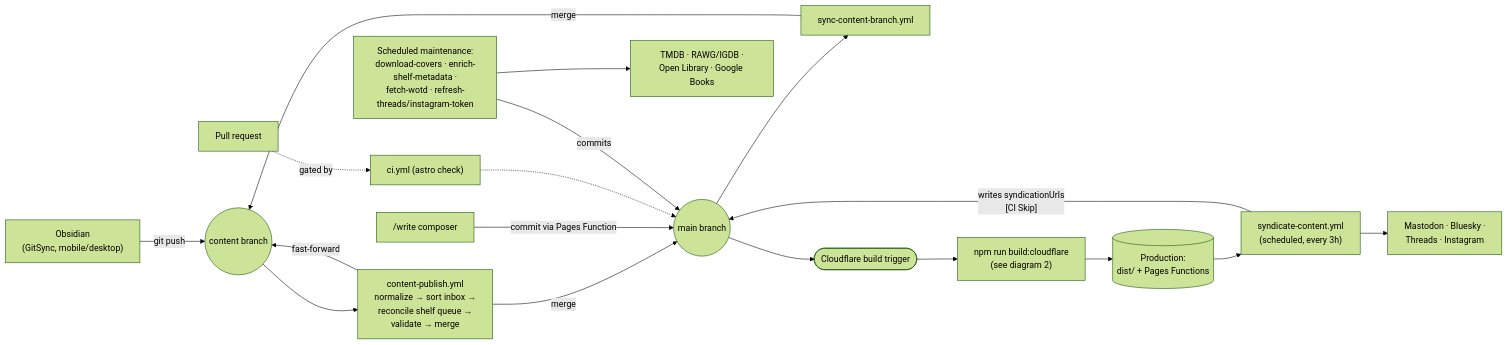
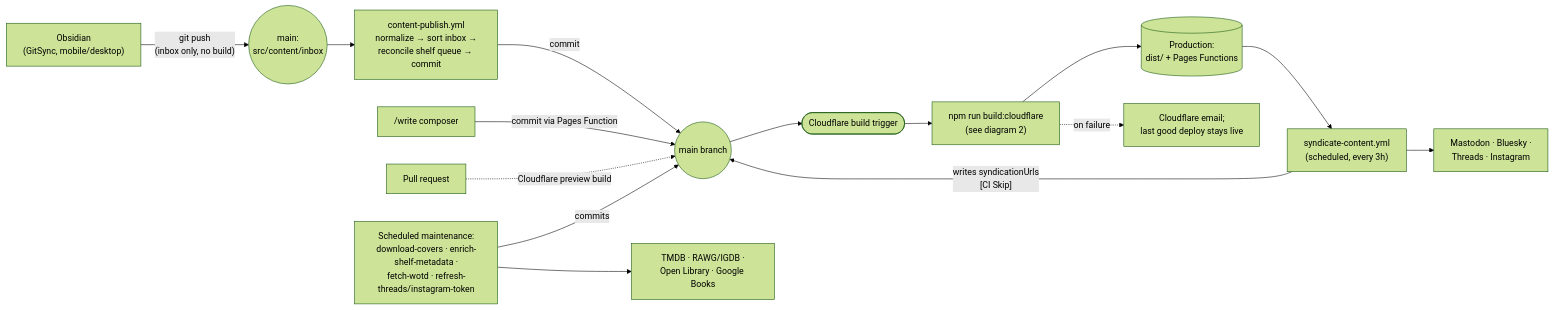
Before and after one commit to sajal24x7/scdotnetv3: the first of 2 diagrams in docs/architecture/component-diagram.md, drawn with Mermaid (forest theme). The commit also changed other lines of this file and 11 other files, not shown here.

First line of the commit message:
Drop content branch and PR CI; publish from inbox on main

````diff
--- a/docs/architecture/component-diagram.md
+++ b/docs/architecture/component-diagram.md
@@ -13,29 +13,26 @@
 ```mermaid
 flowchart LR
     Obsidian["Obsidian<br/>(GitSync, mobile/desktop)"]
     Write["/write composer"]
 
-    Obsidian -- "git push" --> ContentBranch(("content branch"))
-    ContentBranch --> Publish["content-publish.yml<br/>normalize → sort inbox →<br/>reconcile shelf queue →<br/>validate → merge"]
-    Publish -- "merge" --> MainBranch(("main branch"))
-    Publish -- "fast-forward" --> ContentBranch
-    MainBranch --> SyncBranch["sync-content-branch.yml"]
-    SyncBranch -- "merge" --> ContentBranch
+    Obsidian -- "git push<br/>(inbox only, no build)" --> Inbox(("main:<br/>src/content/inbox"))
+    Inbox --> Publish["content-publish.yml<br/>normalize → sort inbox →<br/>reconcile shelf queue → commit"]
+    Publish -- "commit" --> MainBranch(("main branch"))
 
     Write -- "commit via Pages Function" --> MainBranch
 
-    PR["Pull request"] -.->|"gated by"| CI["ci.yml (astro check)"]
-    CI -.-> MainBranch
+    PR["Pull request"] -.->|"Cloudflare preview build"| MainBranch
 
     MainBranch --> Trigger(["Cloudflare build trigger"])
     Trigger --> BuildStep["npm run build:cloudflare<br/>(see diagram 2)"]
     BuildStep --> Prod[("Production:<br/>dist/ + Pages Functions")]
+    BuildStep -. "on failure" .-> Alert["Cloudflare email;<br/>last good deploy stays live"]
 
     Prod --> Syndicate["syndicate-content.yml<br/>(scheduled, every 3h)"]
     Syndicate -- "writes syndicationUrls<br/>[CI Skip]" --> MainBranch
     Syndicate --> Social["Mastodon · Bluesky ·<br/>Threads · Instagram"]
 
     Maintenance["Scheduled maintenance:<br/>download-covers · enrich-shelf-metadata ·<br/>fetch-wotd · refresh-threads/instagram-token"]
     Maintenance -- "commits" --> MainBranch
     Maintenance --> MetaAPIs["TMDB · RAWG/IGDB ·<br/>Open Library · Google Books"]
 ```
````
